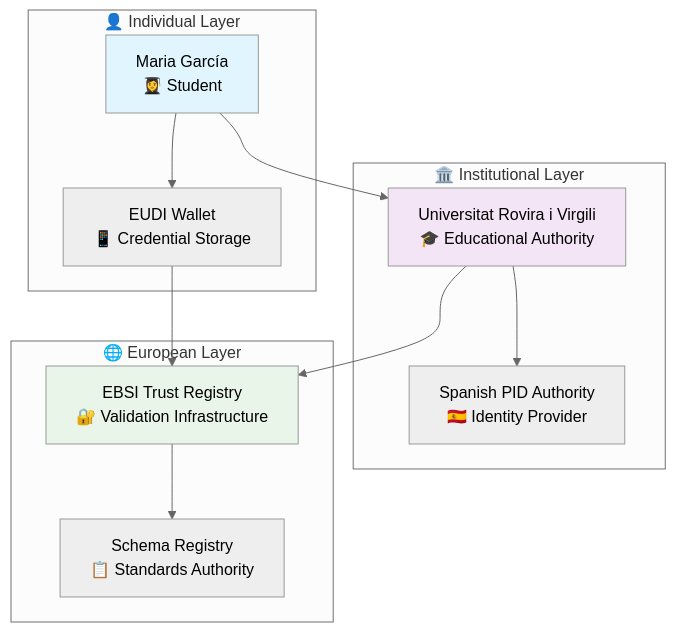
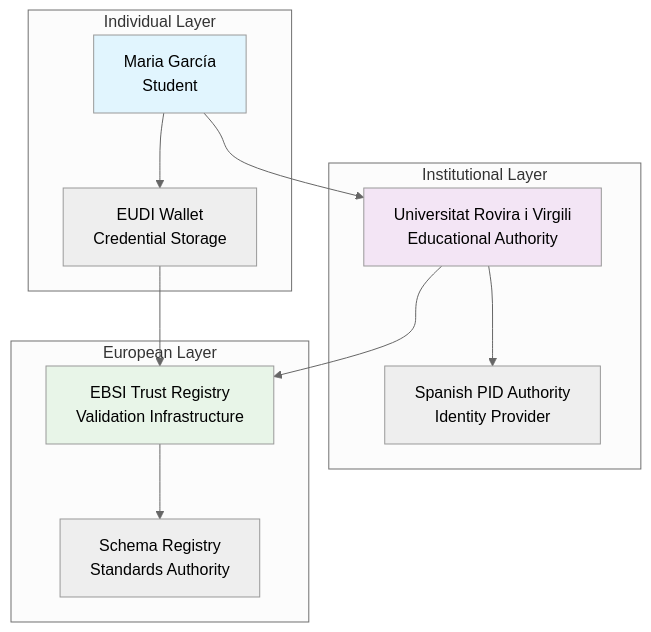
One commit to dc4eu/educational-pilot changed the fourth of 4 diagrams in DSTRL/pilot2/userjourneys/onboarding_in_educational_domain.md. Above: the diagram before and after it, drawn with Mermaid (neutral theme). The commit also changed other lines of this file, not shown here.

````diff
--- a/DSTRL/pilot2/userjourneys/onboarding_in_educational_domain.md
+++ b/DSTRL/pilot2/userjourneys/onboarding_in_educational_domain.md
@@ -256,28 +256,28 @@
 ```mermaid
 graph TB
-    subgraph "🏛️ Institutional Layer"
-        URV[Universitat Rovira i Virgili<br/>🎓 Educational Authority]
-        ESP[Spanish PID Authority<br/>🇪🇸 Identity Provider]
+    subgraph "Institutional Layer"
+        URV[Universitat Rovira i Virgili<br/>Educational Authority]
+        ESP[Spanish PID Authority<br/>Identity Provider]
     end
     
-    subgraph "👤 Individual Layer"
-        MARIA[Maria García<br/>👩‍🎓 Student]
-        WALLET[EUDI Wallet<br/>📱 Credential Storage]
+    subgraph "Individual Layer"
+        MARIA[Maria García<br/>Student]
+        WALLET[EUDI Wallet<br/>Credential Storage]
     end
     
-    subgraph "🌐 European Layer"
-        EBSI[EBSI Trust Registry<br/>🔐 Validation Infrastructure]
-        SCHEMA[Schema Registry<br/>📋 Standards Authority]
+    subgraph "European Layer"
+        EBSI[EBSI Trust Registry<br/>Validation Infrastructure]
+        SCHEMA[Schema Registry<br/>Standards Authority]
     end
     
     MARIA --> URV
     MARIA --> WALLET
     URV --> EBSI
     URV --> ESP
     WALLET --> EBSI
     EBSI --> SCHEMA
     
     style MARIA fill:#e1f5fe
     style URV fill:#f3e5f5
     style EBSI fill:#e8f5e8
 ```
````
